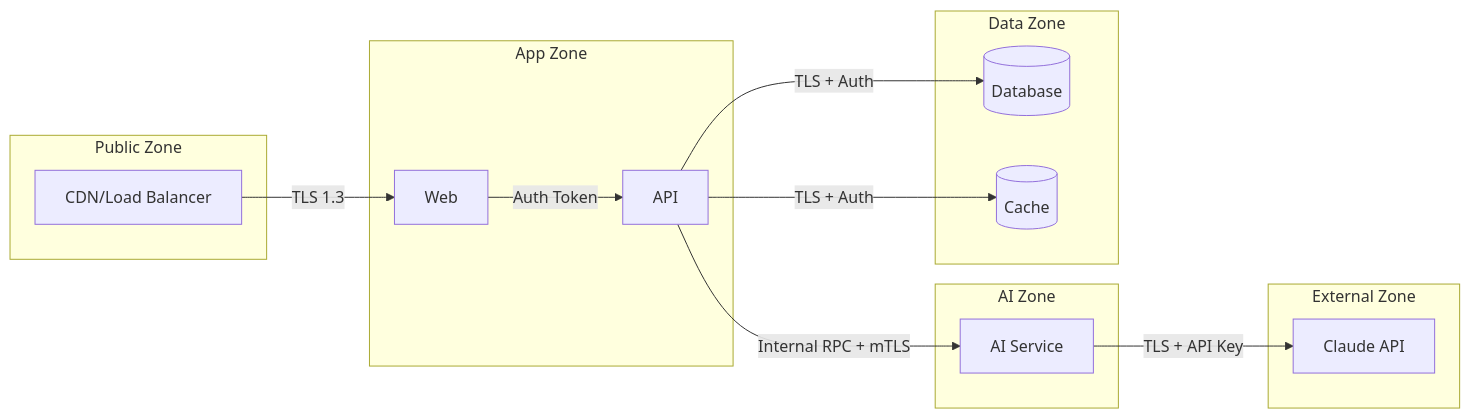
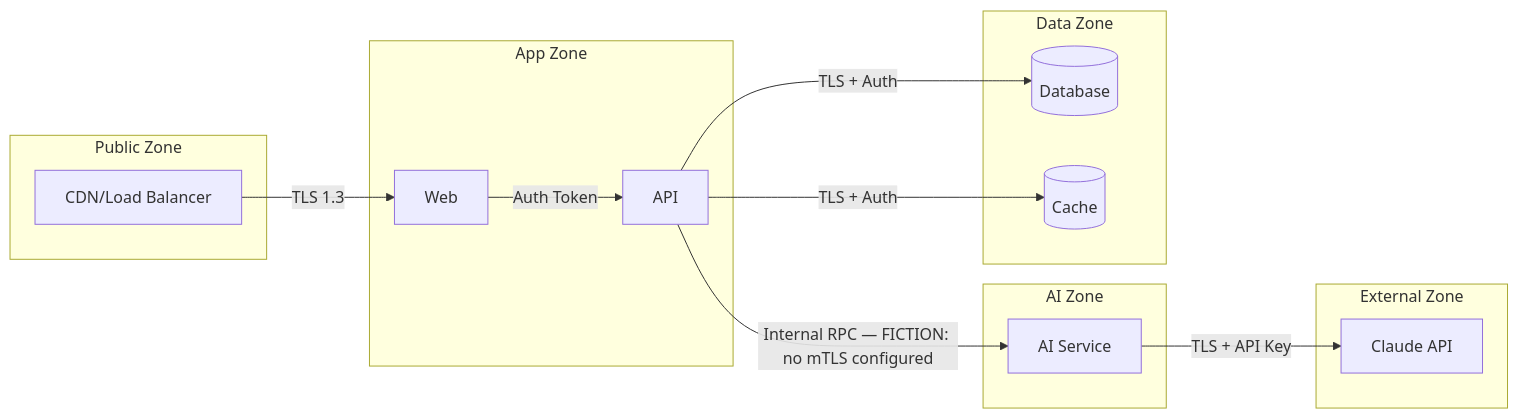
Before and after one commit to Driftloom/Vaeloom: the fourth of 4 diagrams in docs/architecture/System-Design.md, drawn with Mermaid. The commit also changed other lines of this file and 91 other files, not shown here.

````diff
--- a/docs/architecture/System-Design.md
+++ b/docs/architecture/System-Design.md
@@ -295,27 +295,27 @@
 ```mermaid
 graph LR
     subgraph "Public Zone"
         LB[CDN/Load Balancer]
     end
     subgraph "App Zone"
         Web
         API
     end
     subgraph "AI Zone"
         AI[AI Service]
     end
     subgraph "Data Zone"
         DB[(Database)]
         Redis[(Cache)]
     end
     subgraph "External Zone"
         Claude[Claude API]
     end
 
     LB -->|TLS 1.3| Web
     Web -->|Auth Token| API
-    API -->|Internal RPC + mTLS| AI
+    API -->|Internal RPC — FICTION: no mTLS configured| AI
     API -->|TLS + Auth| DB
     API -->|TLS + Auth| Redis
     AI -->|TLS + API Key| Claude
 ```
````
